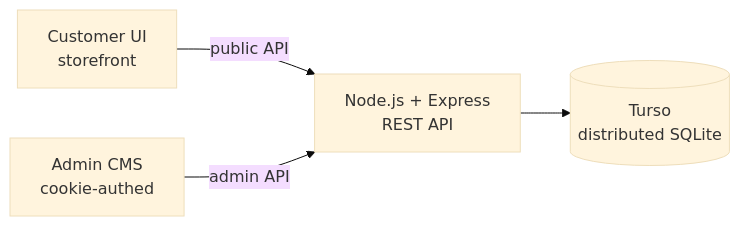
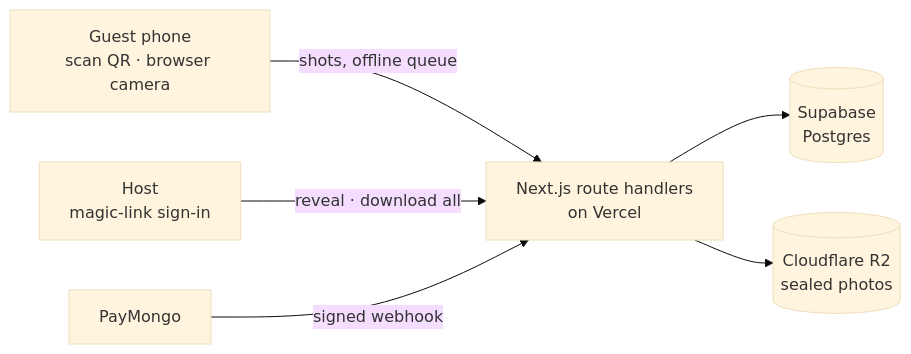
The first of 2 diagrams in README.md (jhon-hub-work/jhon-hub-work), drawn with Mermaid (base theme) before and after one commit. The commit also changed other lines of this file and 9 other files, not shown here.

````diff
--- a/README.md
+++ b/README.md
@@ -75,6 +88,8 @@
 ```mermaid
 flowchart LR
-    C["Customer UI<br/>storefront"] -->|public API| API
-    A["Admin CMS<br/>cookie-authed"] -->|admin API| API
-    API["Node.js + Express<br/>REST API"] --> DB[("Turso<br/>distributed SQLite")]
+    G["Guest phone<br/>scan QR · browser camera"] -->|shots, offline queue| API
+    H["Host<br/>magic-link sign-in"] -->|reveal · download all| API
+    P["PayMongo"] -->|signed webhook| API
+    API["Next.js route handlers<br/>on Vercel"] --> DB[("Supabase<br/>Postgres")]
+    API --> R2[("Cloudflare R2<br/>sealed photos")]
 ```
````
